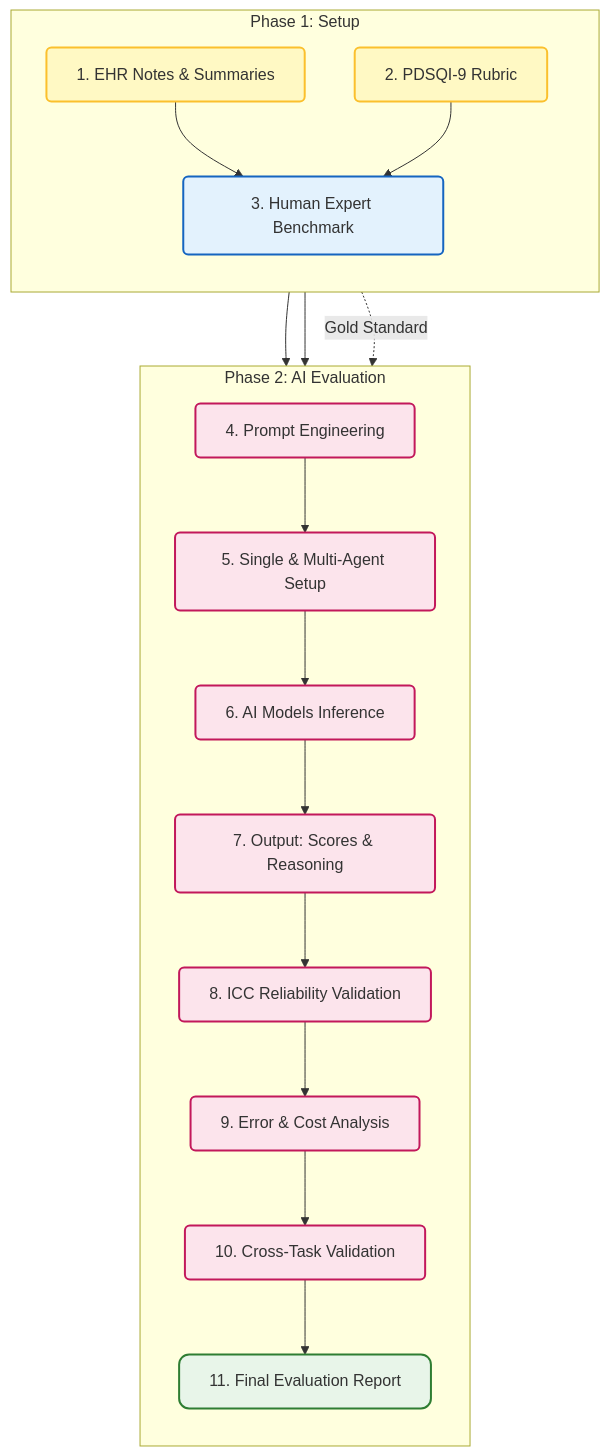
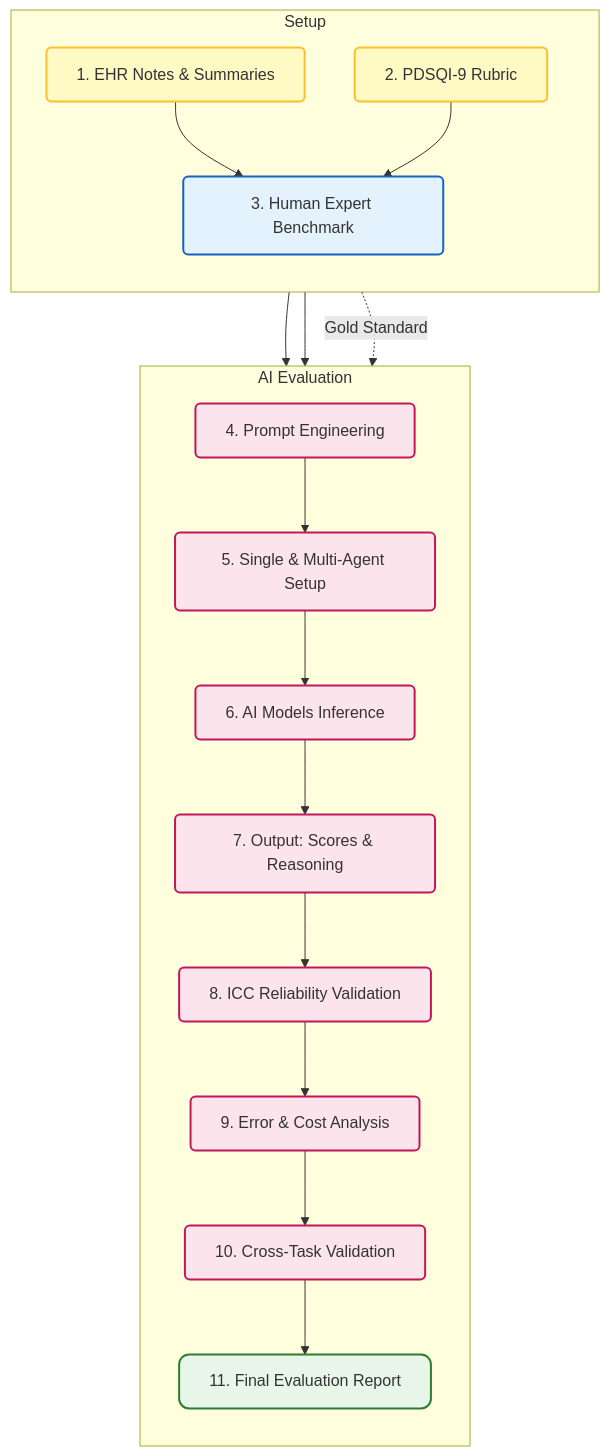
Before and after one commit to hhtrocket/HHT-Benchmark-dataset: the first of 6 diagrams in Literature Review/brief report 3.md, drawn with Mermaid. The commit also changed other lines of this file, not shown here.

````diff
--- a/Literature Review/brief report 3.md
+++ b/Literature Review/brief report 3.md
@@ -16,42 +16,42 @@
 ```mermaid
 flowchart TB
     classDef phase1 fill:#e3f2fd,stroke:#1565c0,stroke-width:2px,rx:5,ry:5;
     classDef phase2 fill:#fce4ec,stroke:#c2185b,stroke-width:2px,rx:5,ry:5;
     classDef input fill:#fff9c4,stroke:#fbc02d,stroke-width:2px,rx:5,ry:5;
     classDef report fill:#e8f5e9,stroke:#2e7d32,stroke-width:2px,rx:10,ry:10;
 
-    subgraph P1 [Phase 1: Setup]
+    subgraph Setup
         direction TB
         N1["1. EHR Notes & Summaries"]:::input
         N2["2. PDSQI-9 Rubric"]:::input
         N3["3. Human Expert Benchmark"]:::phase1
         
         N1 --> N3
         N2 --> N3
     end
 
-    subgraph P2 [Phase 2: AI Evaluation]
+    subgraph  AI Evaluation
         direction TB
         N4["4. Prompt Engineering"]:::phase2
         N5["5. Single & Multi-Agent Setup"]:::phase2
         N6["6. AI Models Inference"]:::phase2
         N7["7. Output: Scores & Reasoning"]:::phase2
         N8["8. ICC Reliability Validation"]:::phase2
         N9["9. Error & Cost Analysis"]:::phase2
         N10["10. Cross-Task Validation"]:::phase2
         N11["11. Final Evaluation Report"]:::report
         
         N4 --> N5
         N5 --> N6
         N6 --> N7
         N7 --> N8
         N8 --> N9
         N9 --> N10
         N10 --> N11
     end
 
     %% Minimal Cross-Phase Connections
     N1 --> N4
     N2 --> N4
     N3 -.->|Gold Standard| N8
 ```
````
